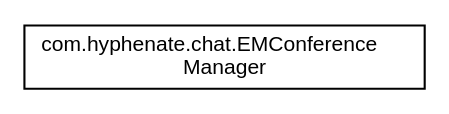
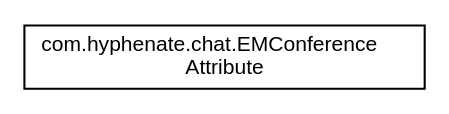
Before and after one commit to easemob/www.easemob.com: the diagram in static/apidoc/android/chat3.0/inherit_graph_29.dot, drawn with Graphviz. The commit also changed 345 other files, not shown here.

```diff
--- a/static/apidoc/android/chat3.0/inherit_graph_29.dot
+++ b/static/apidoc/android/chat3.0/inherit_graph_29.dot
@@ -1,7 +1,7 @@
 digraph "类继承关系图"
 {
   edge [fontname="Helvetica",fontsize="10",labelfontname="Helvetica",labelfontsize="10"];
   node [fontname="Helvetica",fontsize="10",shape=record];
   rankdir="LR";
-  Node1 [label="com.hyphenate.chat.EMConference\lManager",height=0.2,width=0.4,color="black", fillcolor="white", style="filled",URL="$classcom_1_1hyphenate_1_1chat_1_1EMConferenceManager.html"];
+  Node1 [label="com.hyphenate.chat.EMConference\lAttribute",height=0.2,width=0.4,color="black", fillcolor="white", style="filled",URL="$classcom_1_1hyphenate_1_1chat_1_1EMConferenceAttribute.html"];
 }
```
